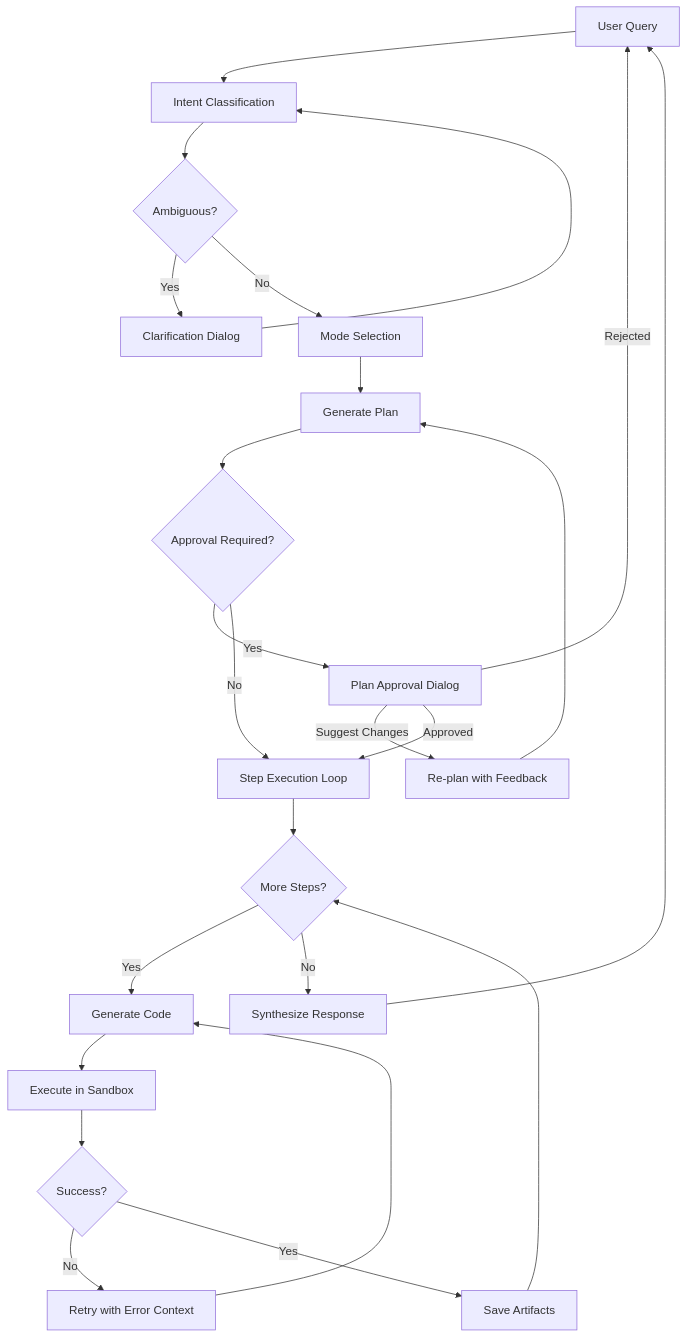
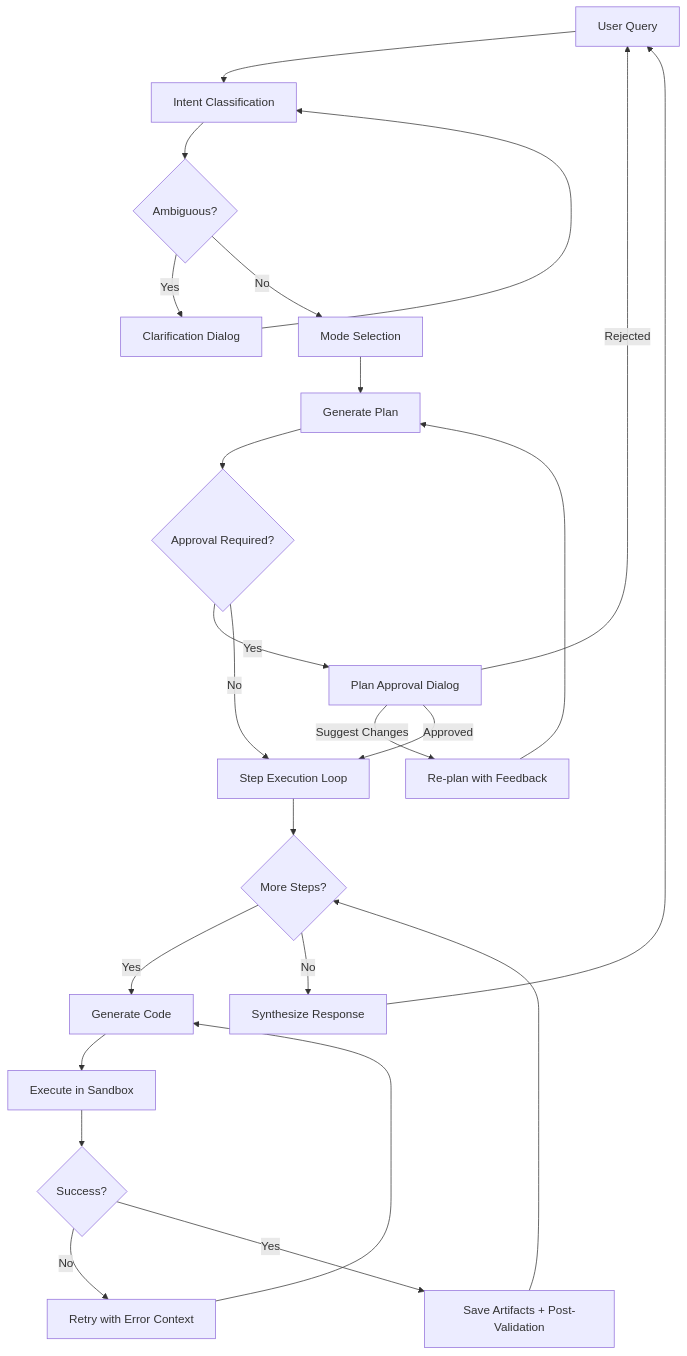
One commit to kenstott/constat changed the diagram in docs/architecture.md. Above: the diagram before and after it, drawn with Mermaid. The commit also changed other lines of this file and 7 other files, not shown here.

````diff
--- a/docs/architecture.md
+++ b/docs/architecture.md
@@ -233,26 +386,26 @@
 ```mermaid
 flowchart TD
     A[User Query] --> B[Intent Classification]
     B --> C{Ambiguous?}
     C -->|Yes| D[Clarification Dialog]
     D --> B
     C -->|No| E[Mode Selection]
     E --> F[Generate Plan]
     F --> G{Approval Required?}
     G -->|Yes| H[Plan Approval Dialog]
     H -->|Rejected| A
     H -->|Suggest Changes| I[Re-plan with Feedback]
     I --> F
     H -->|Approved| J[Step Execution Loop]
     G -->|No| J
     J --> K{More Steps?}
     K -->|Yes| L[Generate Code]
     L --> M[Execute in Sandbox]
     M --> N{Success?}
     N -->|No| O[Retry with Error Context]
     O --> L
-    N -->|Yes| P[Save Artifacts]
+    N -->|Yes| P[Save Artifacts + Post-Validation]
     P --> K
     K -->|No| Q[Synthesize Response]
     Q --> A
 ```
````
